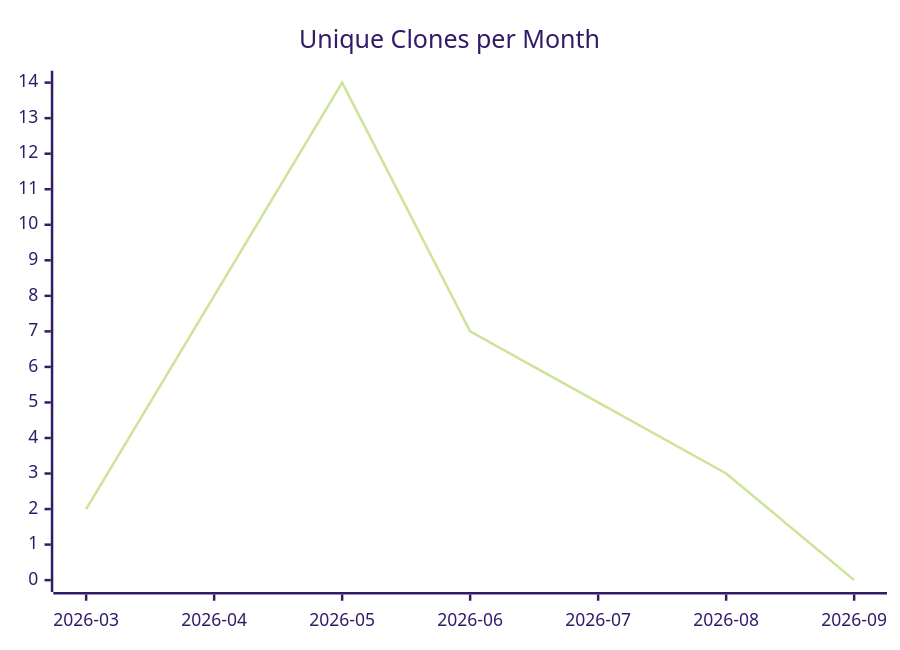
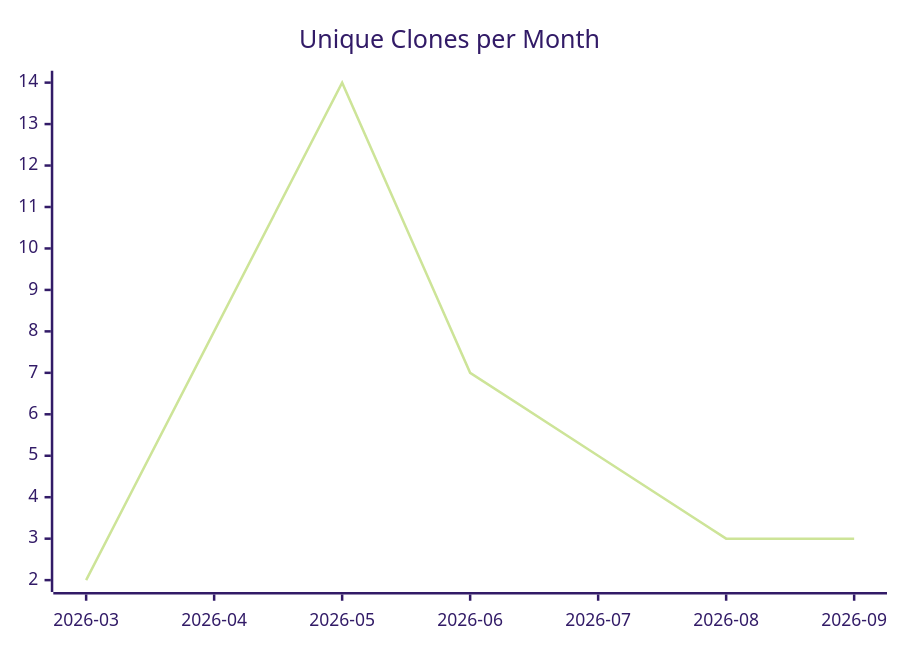
The third of 3 diagrams in karlmdavis/hello-rust-actix/README.md (justdavis-family/github-analytics-data), drawn with Mermaid (forest theme) before and after one commit. The commit also changed other lines of this file and 191 other files, not shown here.

````diff
--- a/karlmdavis/hello-rust-actix/README.md
+++ b/karlmdavis/hello-rust-actix/README.md
@@ -19,6 +19,6 @@
 ```mermaid
 xychart-beta
   title "Unique Clones per Month"
   x-axis ["2026-03", "2026-04", "2026-05", "2026-06", "2026-07", "2026-08", "2026-09"]
-  line [2, 8, 14, 7, 5, 3, 0]
+  line [2, 8, 14, 7, 5, 3, 3]
 ```
````
